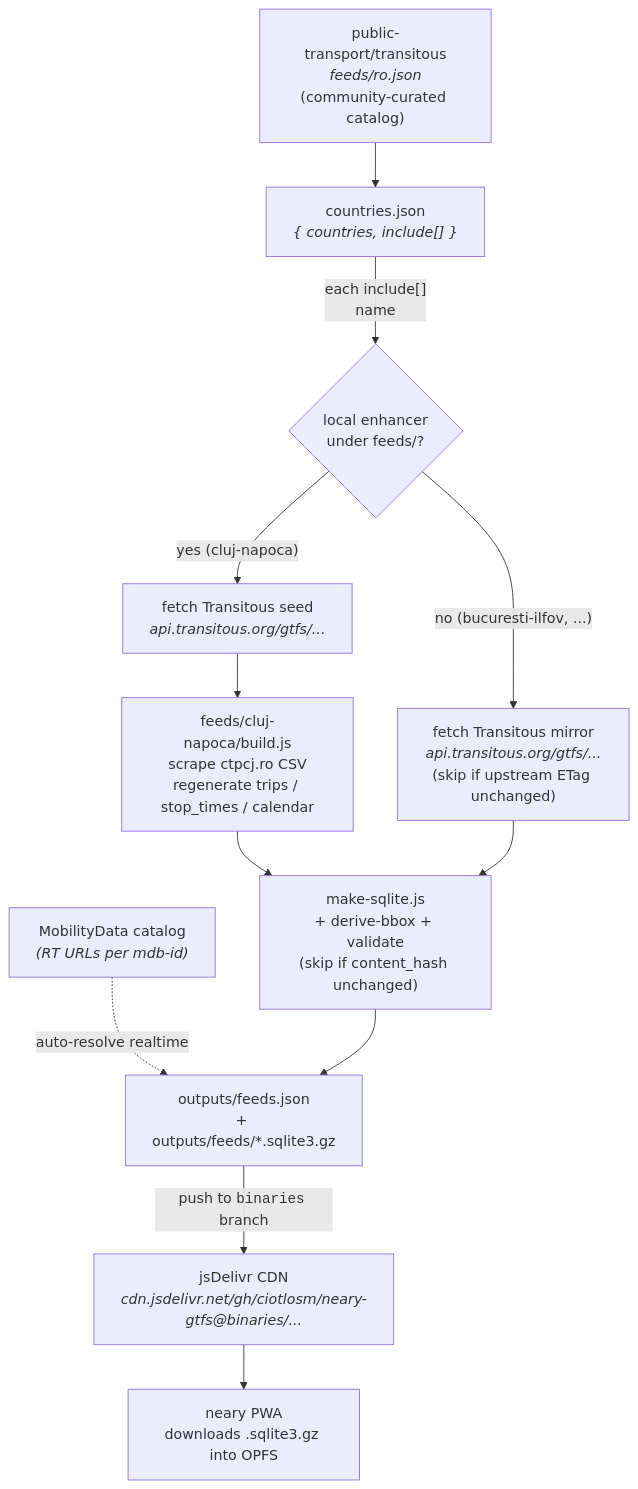
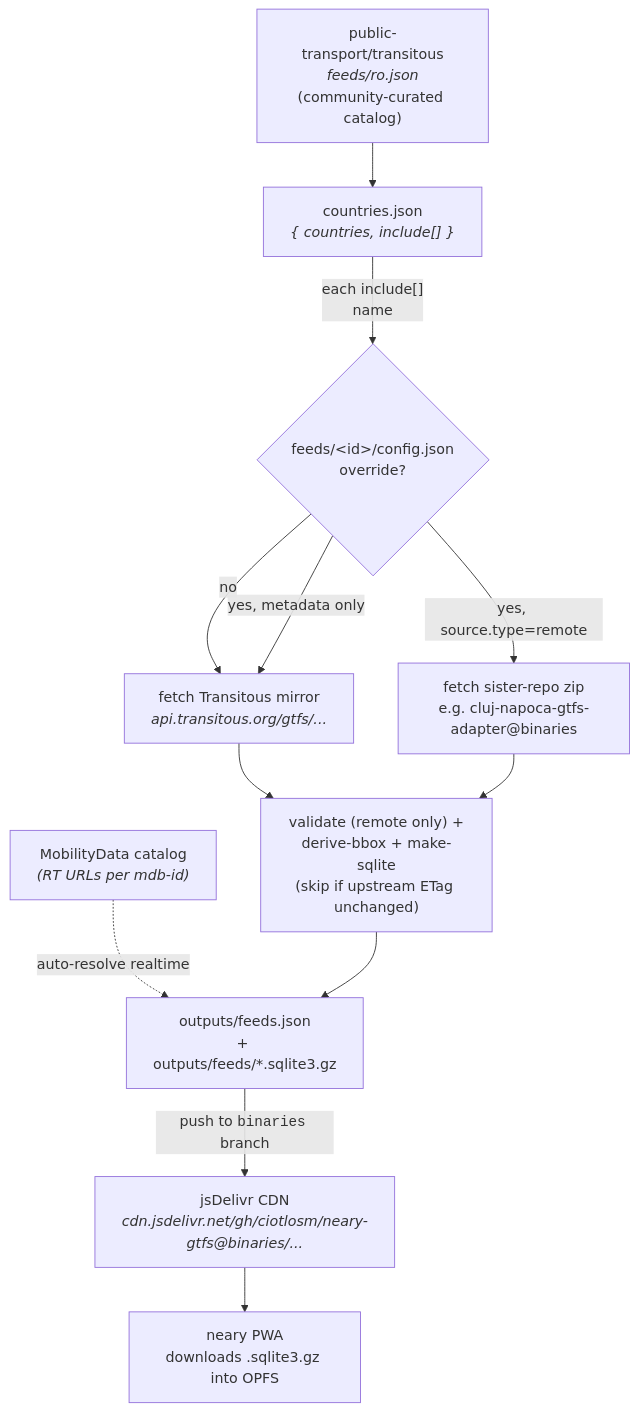
Before and after one commit to n3ary/gtfs-publisher: the diagram in README.md, drawn with Mermaid. The commit also changed other lines of this file and 24 other files, not shown here.

First line of the commit message:
feat: source.type=remote + flatten binaries layout (#17)

````diff
--- a/README.md
+++ b/README.md
@@ -16,23 +17,22 @@
 ```mermaid
 flowchart TD
     A["public-transport/transitous<br/><i>feeds/ro.json</i><br/>(community-curated catalog)"]
     B["countries.json<br/><i>{ countries, include[] }</i>"]
     A --> B
 
-    B -->|"each include[]<br/>name"| C{"local enhancer<br/>under feeds/?"}
+    B -->|"each include[]<br/>name"| C{"feeds/&lt;id&gt;/config.json<br/>override?"}
 
-    C -->|"yes (cluj-napoca)"| D["fetch Transitous seed<br/><i>api.transitous.org/gtfs/...</i>"]
-    D --> E["feeds/cluj-napoca/build.js<br/>scrape ctpcj.ro CSV<br/>regenerate trips / stop_times / calendar"]
+    C -->|"no"| D["fetch Transitous mirror<br/><i>api.transitous.org/gtfs/...</i>"]
+    C -->|"yes, source.type=remote"| E["fetch sister-repo zip<br/>e.g. cluj-napoca-gtfs-adapter@binaries"]
+    C -->|"yes, metadata only"| D
 
-    C -->|"no (bucuresti-ilfov, ...)"| F["fetch Transitous mirror<br/><i>api.transitous.org/gtfs/...</i><br/>(skip if upstream ETag unchanged)"]
-
-    E --> G["make-sqlite.js<br/>+ derive-bbox + validate<br/>(skip if content_hash unchanged)"]
-    F --> G
+    D --> G["validate (remote only) +<br/>derive-bbox + make-sqlite<br/>(skip if upstream ETag unchanged)"]
+    E --> G
 
     H["MobilityData catalog<br/><i>(RT URLs per mdb-id)</i>"] -.->|"auto-resolve realtime"| I
 
     G --> I["outputs/feeds.json<br/>+ outputs/feeds/*.sqlite3.gz"]
 
     I -->|"push to <code>binaries</code> branch"| J["jsDelivr CDN<br/><i>cdn.jsdelivr.net/gh/ciotlosm/neary-gtfs@binaries/...</i>"]
     J --> K["neary PWA<br/>downloads .sqlite3.gz into OPFS"]
 ```
````
